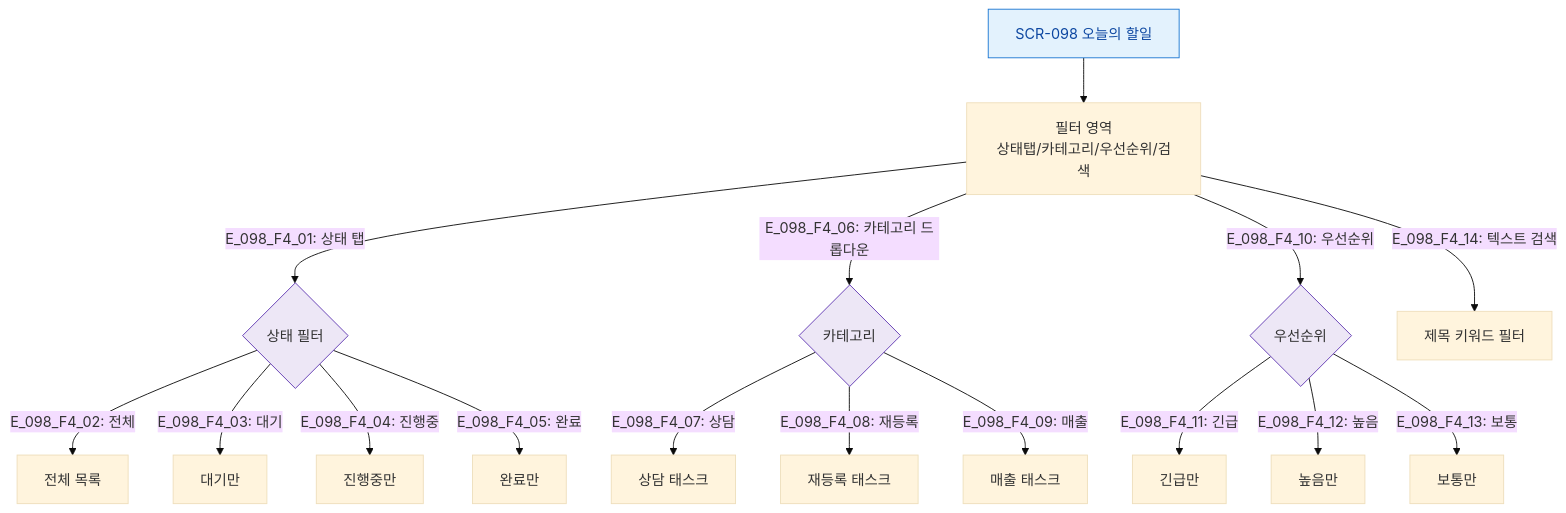
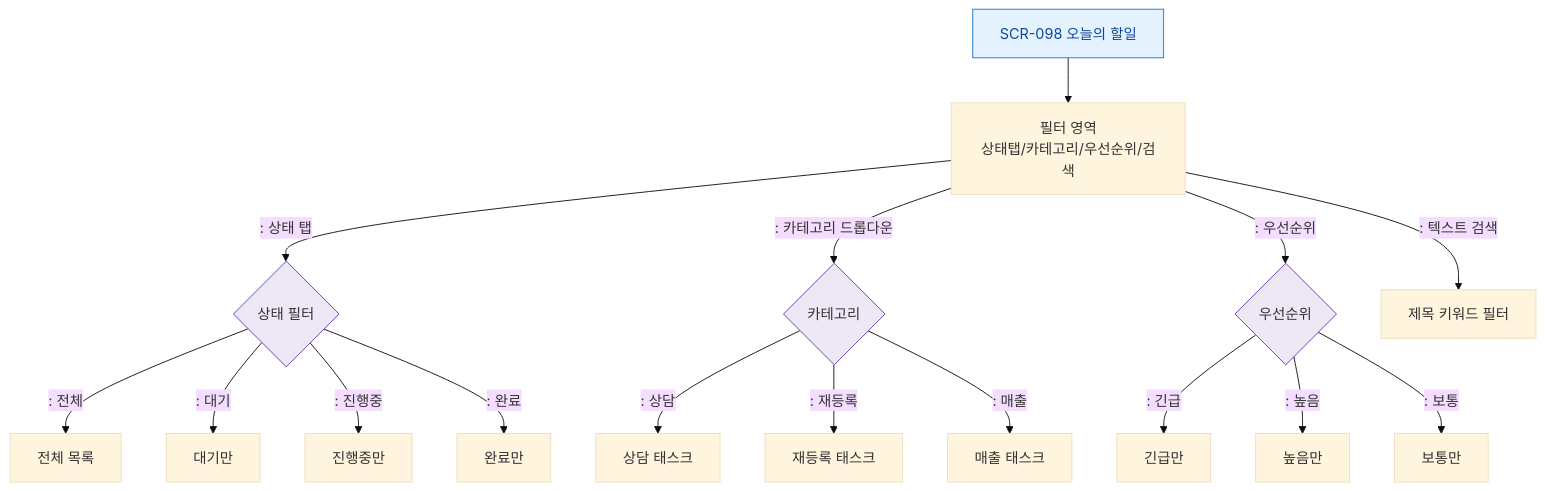
The diagram in docs/다이어그램/D10_본사관리/SCR-098_오늘의할일/F4_필터.md (dev-spogym/admin-pando), drawn with Mermaid (base theme) before and after one commit. The commit also changed other lines of this file and 1660 other files, not shown here.

First line of the commit message:
다이어그램: 기획자/클라이언트 납품본으로 정리

````diff
--- a/docs/다이어그램/D10_본사관리/SCR-098_오늘의할일/F4_필터.md
+++ b/docs/다이어그램/D10_본사관리/SCR-098_오늘의할일/F4_필터.md
@@ -14,28 +12,28 @@
 ```mermaid
 flowchart TD
   SCR_098[SCR-098 오늘의 할일] --> FilterArea[필터 영역\n상태탭/카테고리/우선순위/검색]
 
-  FilterArea -->|"E_098_F4_01: 상태 탭"| StatusTab{상태 필터}
-  StatusTab -->|"E_098_F4_02: 전체"| AllTasks[전체 목록]
-  StatusTab -->|"E_098_F4_03: 대기"| PendingTasks[대기만]
-  StatusTab -->|"E_098_F4_04: 진행중"| ProgressTasks[진행중만]
-  StatusTab -->|"E_098_F4_05: 완료"| DoneTasks[완료만]
+  FilterArea -->|": 상태 탭"|StatusTab{상태 필터}
+  StatusTab -->|": 전체"|AllTasks[전체 목록]
+  StatusTab -->|": 대기"|PendingTasks[대기만]
+  StatusTab -->|": 진행중"|ProgressTasks[진행중만]
+  StatusTab -->|": 완료"|DoneTasks[완료만]
 
-  FilterArea -->|"E_098_F4_06: 카테고리 드롭다운"| CatFilter{카테고리}
-  CatFilter -->|"E_098_F4_07: 상담"| ConsTasks[상담 태스크]
-  CatFilter -->|"E_098_F4_08: 재등록"| RenewTasks[재등록 태스크]
-  CatFilter -->|"E_098_F4_09: 매출"| RevTasks[매출 태스크]
+  FilterArea -->|": 카테고리 드롭다운"|CatFilter{카테고리}
+  CatFilter -->|": 상담"|ConsTasks[상담 태스크]
+  CatFilter -->|": 재등록"|RenewTasks[재등록 태스크]
+  CatFilter -->|": 매출"|RevTasks[매출 태스크]
 
-  FilterArea -->|"E_098_F4_10: 우선순위"| PrioFilter{우선순위}
-  PrioFilter -->|"E_098_F4_11: 긴급"| UrgentTasks[긴급만]
-  PrioFilter -->|"E_098_F4_12: 높음"| HighTasks[높음만]
-  PrioFilter -->|"E_098_F4_13: 보통"| NormalTasks[보통만]
+  FilterArea -->|": 우선순위"|PrioFilter{우선순위}
+  PrioFilter -->|": 긴급"|UrgentTasks[긴급만]
+  PrioFilter -->|": 높음"|HighTasks[높음만]
+  PrioFilter -->|": 보통"|NormalTasks[보통만]
 
-  FilterArea -->|"E_098_F4_14: 텍스트 검색"| SearchFilter[제목 키워드 필터]
+  FilterArea -->|": 텍스트 검색"|SearchFilter[제목 키워드 필터]
 
   classDef screen fill:#E3F2FD,stroke:#1976D2,color:#0D47A1
   classDef system fill:#EDE7F6,stroke:#5E35B2
 
   class SCR_098 screen
   class StatusTab,CatFilter,PrioFilter system
 ```
````
